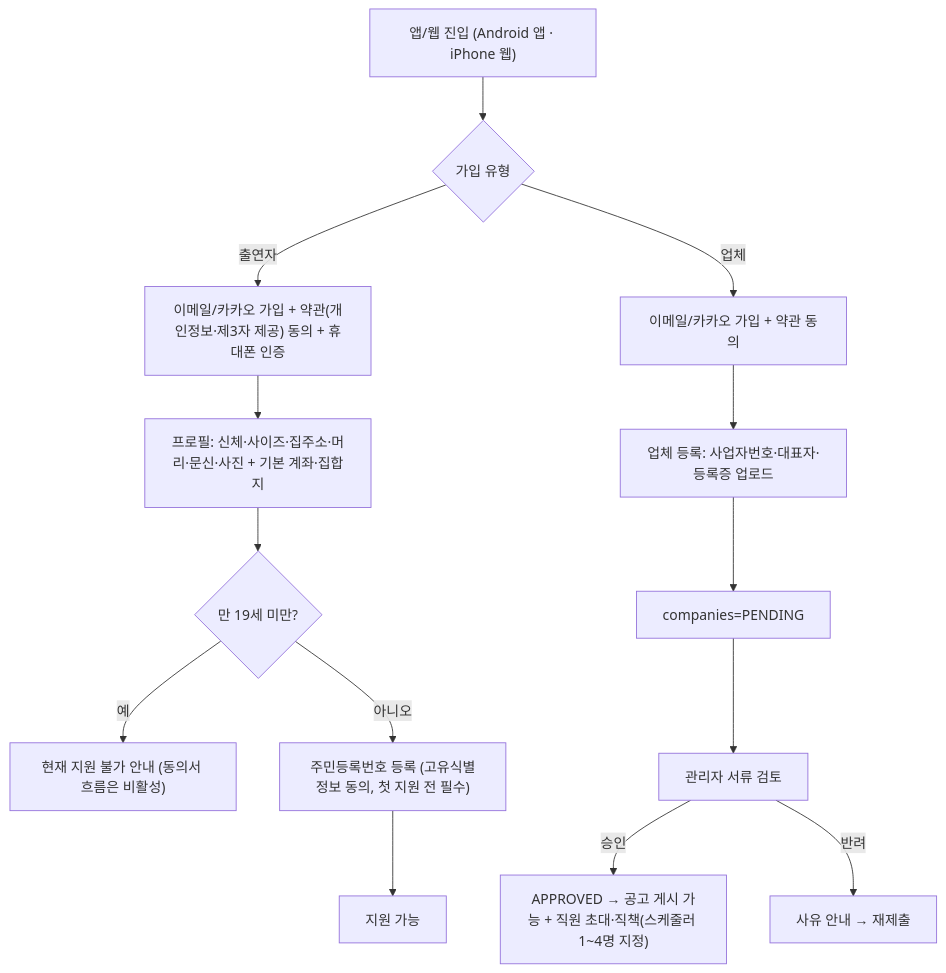
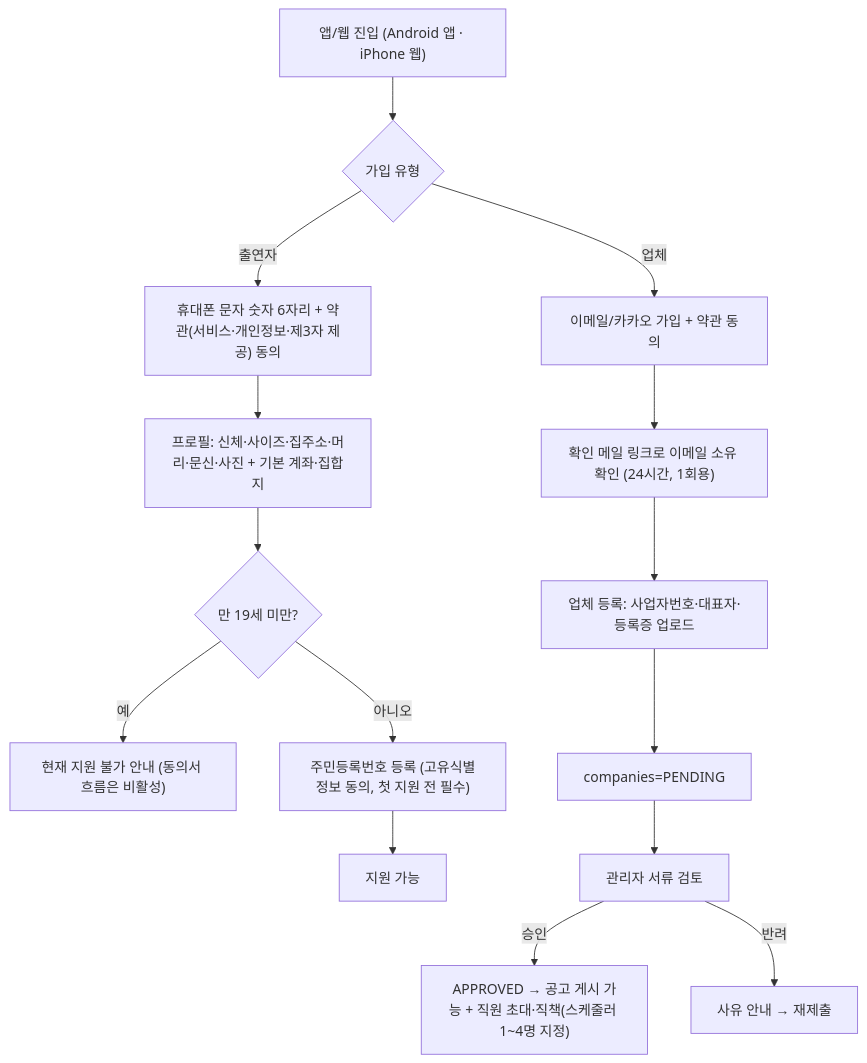
The first of 12 diagrams in docs/02_프로세스정의서.md (7fsikMinQ/O), drawn with Mermaid before and after one commit. The commit also changed other lines of this file and 29 other files, not shown here.

````diff
--- a/docs/02_프로세스정의서.md
+++ b/docs/02_프로세스정의서.md
@@ -12,16 +12,17 @@
 ```mermaid
 flowchart TD
   A["앱/웹 진입 (Android 앱 · iPhone 웹)"] --> B{"가입 유형"}
-  B -->|출연자| C["이메일/카카오 가입 + 약관(개인정보·제3자 제공) 동의 + 휴대폰 인증"]
+  B -->|출연자| C["휴대폰 문자 숫자 6자리 + 약관(서비스·개인정보·제3자 제공) 동의"]
   B -->|업체| D["이메일/카카오 가입 + 약관 동의"]
   C --> E["프로필: 신체·사이즈·집주소·머리·문신·사진 + 기본 계좌·집합지"]
   E --> F{"만 19세 미만?"}
   F -->|예| G["현재 지원 불가 안내 (동의서 흐름은 비활성)"]
   F -->|아니오| H["주민등록번호 등록 (고유식별정보 동의, 첫 지원 전 필수)"]
   H --> I["지원 가능"]
-  D --> J["업체 등록: 사업자번호·대표자·등록증 업로드"]
+  D --> D2["확인 메일 링크로 이메일 소유 확인 (24시간, 1회용)"]
+  D2 --> J["업체 등록: 사업자번호·대표자·등록증 업로드"]
   J --> K["companies=PENDING"]
   K --> L["관리자 서류 검토"]
   L -->|승인| M["APPROVED → 공고 게시 가능 + 직원 초대·직책(스케줄러 1~4명 지정)"]
   L -->|반려| N["사유 안내 → 재제출"]
 ```
````
